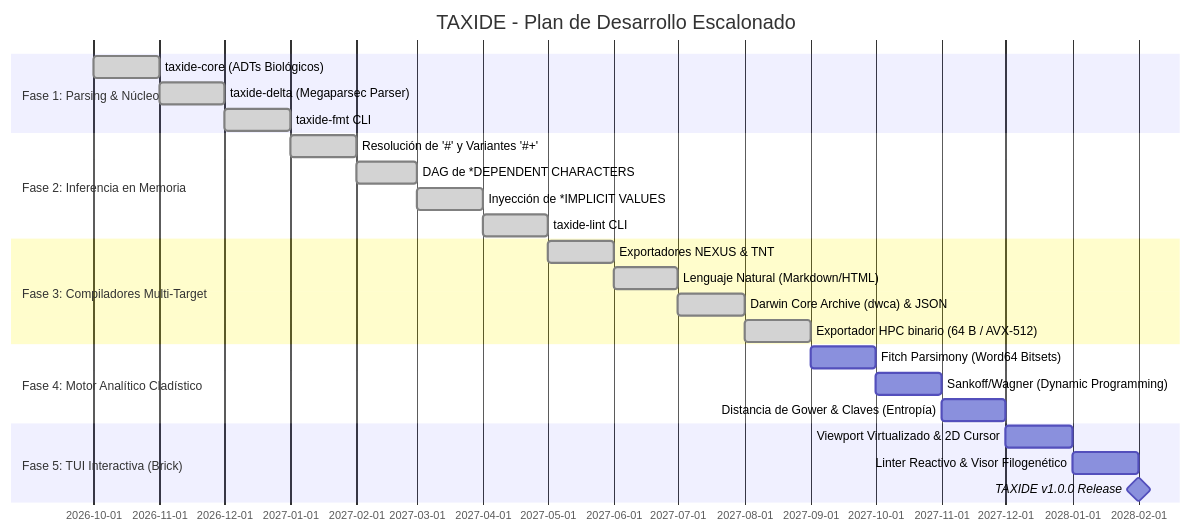
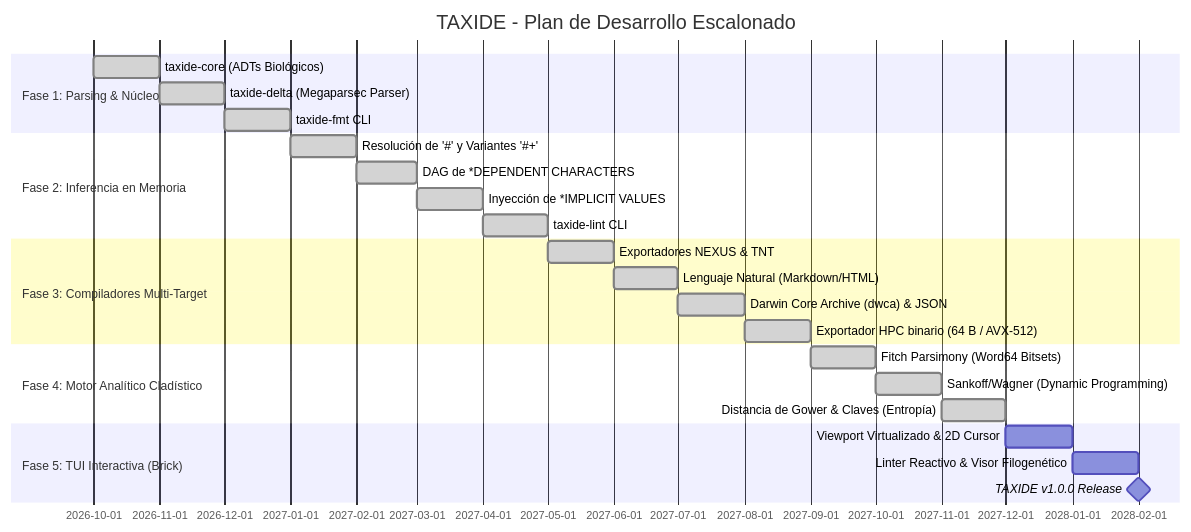
The second of 2 diagrams in README.md (oscar-bio-dev/taxide), drawn with Mermaid before and after one commit. The commit also changed other lines of this file and 17 other files, not shown here.

Commit message:
feat(engine): Fase 4 - motor cladistico (Fitch/Sankoff/Wagner/SPR/TBR), fenetica (Gower/UPGMA/NJ) y claves dicotomicas (taxide-tree, taxide-key)

````diff
--- a/README.md
+++ b/README.md
@@ -182,27 +195,27 @@
 ```mermaid
 gantt
     title TAXIDE - Plan de Desarrollo Escalonado
     dateFormat  YYYY-MM
     section Fase 1: Parsing & Núcleo
     taxide-core (ADTs Biológicos)           :done, f1_1, 2026-10, 1M
     taxide-delta (Megaparsec Parser)         :done, f1_2, after f1_1, 1M
     taxide-fmt CLI                           :done, f1_3, after f1_2, 1M
     section Fase 2: Inferencia en Memoria
     Resolución de '#' y Variantes '#+'       :done, f2_1, after f1_3, 1M
     DAG de *DEPENDENT CHARACTERS             :done, f2_2, after f2_1, 1M
     Inyección de *IMPLICIT VALUES            :done, f2_3, after f2_2, 1M
     taxide-lint CLI                          :done, f2_4, after f2_3, 1M
     section Fase 3: Compiladores Multi-Target
     Exportadores NEXUS & TNT                 :done, f3_1, after f2_4, 1M
     Lenguaje Natural (Markdown/HTML)         :done, f3_2, after f3_1, 1M
     Darwin Core Archive (dwca) & JSON        :done, f3_3, after f3_2, 1M
     Exportador HPC binario (64 B / AVX-512)  :done, f3_4, after f3_3, 1M
     section Fase 4: Motor Analítico Cladístico
-    Fitch Parsimony (Word64 Bitsets)         :f4_1, after f3_4, 1M
-    Sankoff/Wagner (Dynamic Programming)     :f4_2, after f4_1, 1M
-    Distancia de Gower & Claves (Entropía)   :f4_3, after f4_2, 1M
+    Fitch Parsimony (Word64 Bitsets)         :done, f4_1, after f3_4, 1M
+    Sankoff/Wagner (Dynamic Programming)     :done, f4_2, after f4_1, 1M
+    Distancia de Gower & Claves (Entropía)   :done, f4_3, after f4_2, 1M
     section Fase 5: TUI Interactiva (Brick)
     Viewport Virtualizado & 2D Cursor        :f5_1, after f4_3, 1M
     Linter Reactivo & Visor Filogenético     :f5_2, after f5_1, 1M
     TAXIDE v1.0.0 Release                    :milestone, f5_3, after f5_2, 0d
 ```
````
